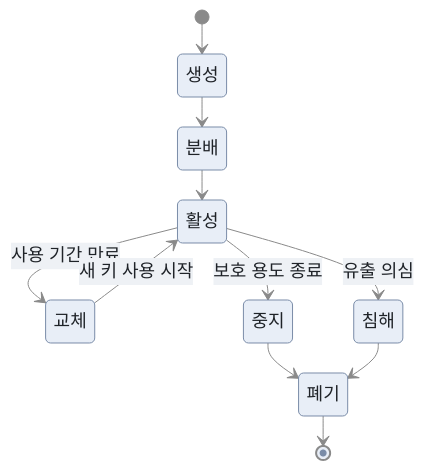
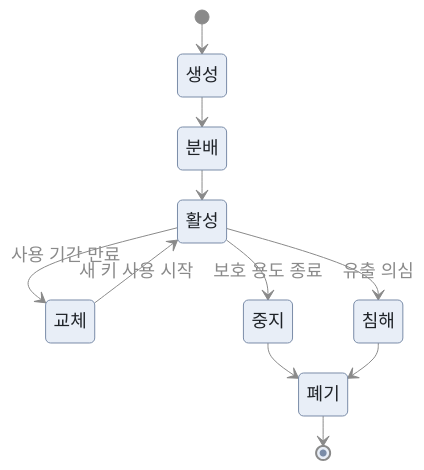
The first of 4 diagrams in security-fundamentals/cryptography/key-management.md (secututor/security-knowledge-base), drawn with Mermaid before and after one commit. The commit also changed other lines of this file and 13 other files, not shown here.

Commit message:
docs: Mermaid 화살표 라벨을 상자 없는 글자로 변경

````diff
--- a/security-fundamentals/cryptography/key-management.md
+++ b/security-fundamentals/cryptography/key-management.md
@@ -26,14 +26,14 @@
 ```mermaid
-%%{init: {"theme": "base", "themeVariables": {"fontSize": "18px", "primaryColor": "#e8eef7", "primaryTextColor": "#1f2328", "primaryBorderColor": "#7a8ca8", "secondaryColor": "#eef1f5", "tertiaryColor": "#f5f7fa", "lineColor": "#8a8a8a", "edgeLabelBackground": "#eef1f5", "clusterBkg": "#f5f7fa", "clusterBorder": "#7a8ca8", "actorBkg": "#e8eef7", "actorBorder": "#7a8ca8", "actorTextColor": "#1f2328", "actorLineColor": "#8a8a8a", "signalColor": "#8a8a8a", "signalTextColor": "#8a8a8a", "noteBkgColor": "#fff8dc", "noteTextColor": "#1f2328", "noteBorderColor": "#c9b458"}, "flowchart": {"nodeSpacing": 25, "rankSpacing": 30, "padding": 8}, "sequence": {"width": 110, "height": 40, "boxMargin": 6, "noteMargin": 6, "actorMargin": 40}}}%%
+%%{init: {"theme": "base", "themeVariables": {"fontSize": "18px", "primaryColor": "#e8eef7", "primaryTextColor": "#1f2328", "primaryBorderColor": "#7a8ca8", "secondaryColor": "#eef1f5", "tertiaryColor": "#f5f7fa", "lineColor": "#8a8a8a", "edgeLabelBackground": "transparent", "textColor": "#8a8a8a", "transitionLabelColor": "#8a8a8a", "clusterBkg": "#f5f7fa", "clusterBorder": "#7a8ca8", "actorBkg": "#e8eef7", "actorBorder": "#7a8ca8", "actorTextColor": "#1f2328", "actorLineColor": "#8a8a8a", "signalColor": "#8a8a8a", "signalTextColor": "#8a8a8a", "noteBkgColor": "#fff8dc", "noteTextColor": "#1f2328", "noteBorderColor": "#c9b458"}, "flowchart": {"nodeSpacing": 25, "rankSpacing": 30, "padding": 8}, "sequence": {"width": 110, "height": 40, "boxMargin": 6, "noteMargin": 6, "actorMargin": 40}}}%%
 stateDiagram-v2
     [*] --> 생성
     생성 --> 분배
     분배 --> 활성
     활성 --> 교체 : 사용 기간 만료
     교체 --> 활성 : 새 키 사용 시작
     활성 --> 중지 : 보호 용도 종료
     활성 --> 침해 : 유출 의심
     중지 --> 폐기
     침해 --> 폐기
     폐기 --> [*]
 ```
````
